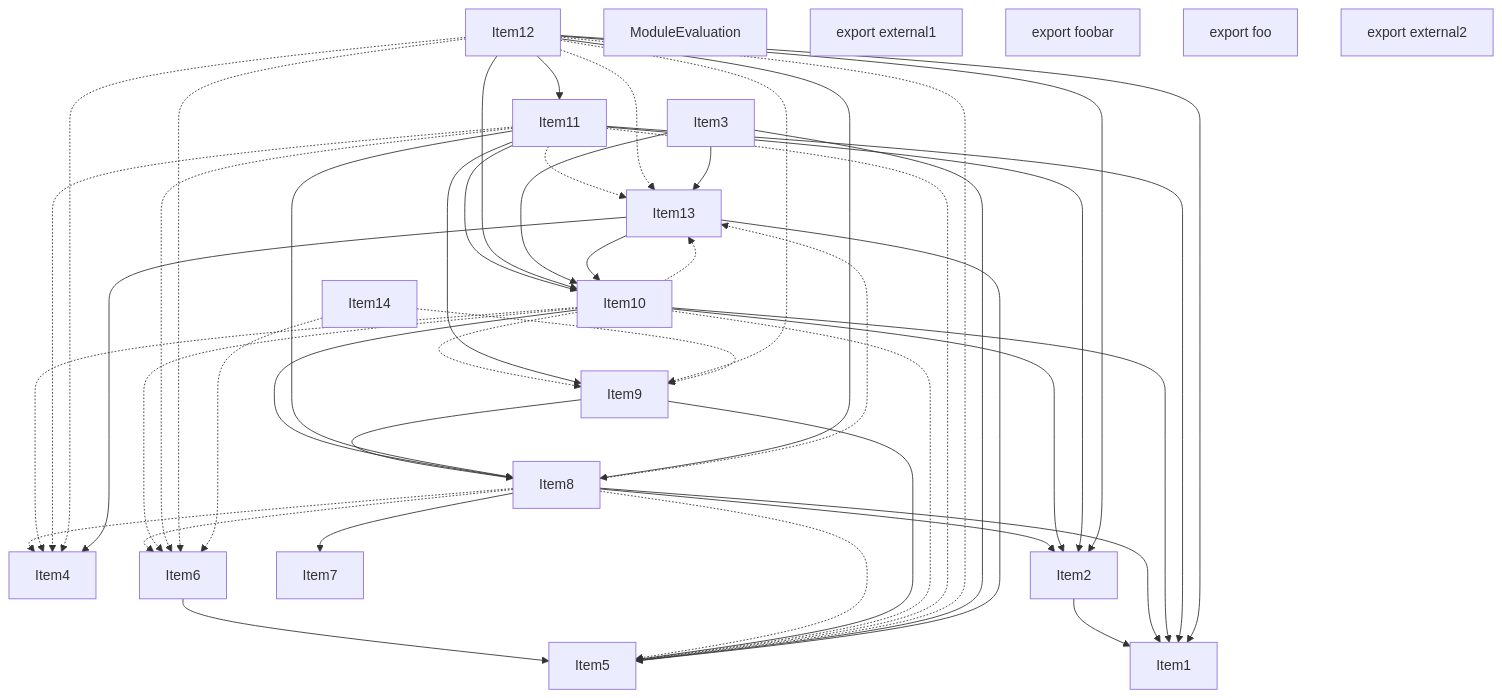
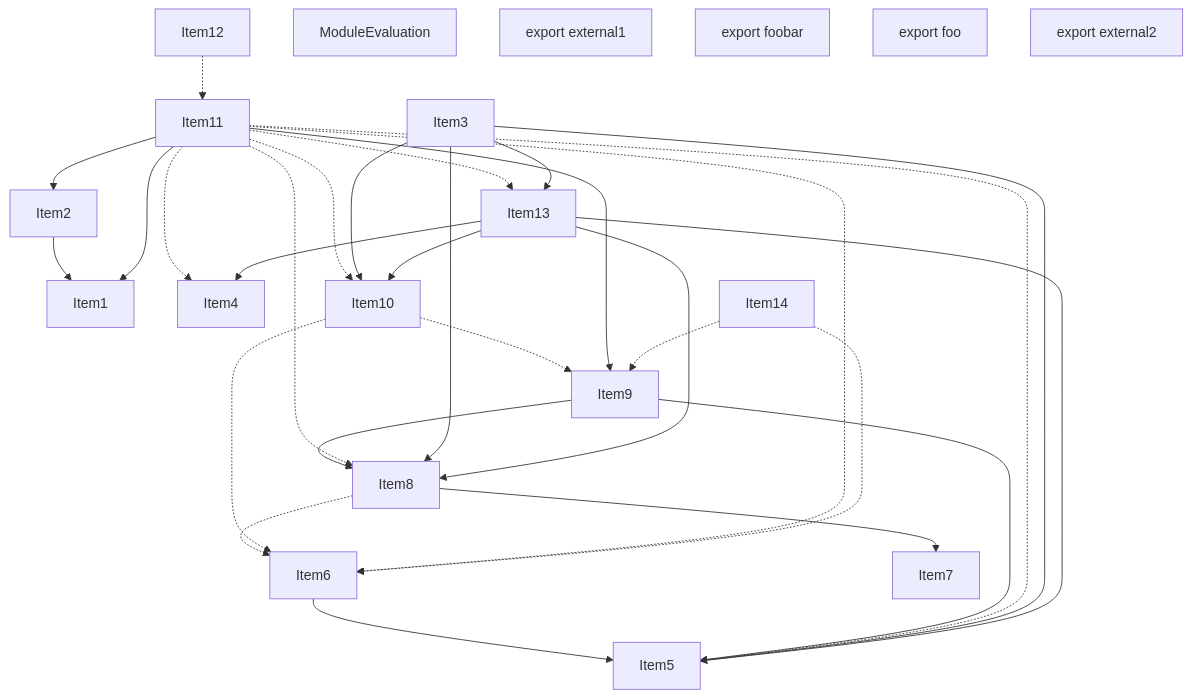
One commit to vercel/turborepo changed the third of 5 diagrams in crates/turbopack-ecmascript/tests/tree-shaker/analyzer/2/output.md. Above: the diagram before and after it, drawn with Mermaid. The commit also changed other lines of this file and 12 other files, not shown here.

````diff
--- a/crates/turbopack-ecmascript/tests/tree-shaker/analyzer/2/output.md
+++ b/crates/turbopack-ecmascript/tests/tree-shaker/analyzer/2/output.md
@@ -256,73 +233,55 @@
 ```mermaid
 graph TD
     Item3;
     Item1;
     Item4;
     Item5;
     Item6;
     Item7;
     Item8;
     Item9;
     Item10;
     Item11;
     Item12;
     Item13;
     Item14;
     Item2;
     Item15;
     Item15["ModuleEvaluation"];
     Item16;
     Item16["export external1"];
     Item17;
     Item17["export foobar"];
     Item18;
     Item18["export foo"];
     Item19;
     Item19["export external2"];
     Item2 --> Item1;
     Item6 --> Item5;
     Item8 --> Item7;
     Item8 -.-> Item6;
-    Item8 --> Item1;
-    Item8 --> Item2;
-    Item8 -.-> Item13;
-    Item8 -.-> Item5;
-    Item8 -.-> Item4;
     Item9 --> Item5;
     Item9 --> Item8;
     Item10 -.-> Item6;
     Item10 -.-> Item9;
-    Item10 --> Item1;
-    Item10 --> Item2;
-    Item10 --> Item8;
-    Item10 -.-> Item13;
-    Item10 -.-> Item5;
-    Item10 -.-> Item4;
     Item11 --> Item9;
     Item11 --> Item1;
     Item11 --> Item2;
-    Item11 --> Item8;
-    Item11 --> Item10;
     Item11 -.-> Item13;
     Item11 -.-> Item5;
+    Item11 -.-> Item8;
+    Item11 -.-> Item10;
     Item11 -.-> Item6;
     Item11 -.-> Item4;
-    Item12 --> Item11;
-    Item12 --> Item1;
-    Item12 --> Item2;
-    Item12 --> Item8;
-    Item12 --> Item10;
-    Item12 -.-> Item13;
-    Item12 -.-> Item5;
-    Item12 -.-> Item6;
-    Item12 -.-> Item9;
-    Item12 -.-> Item4;
+    Item12 -.-> Item11;
     Item3 --> Item13;
     Item3 --> Item5;
+    Item3 --> Item8;
     Item3 --> Item10;
     Item13 --> Item4;
     Item13 --> Item5;
+    Item13 --> Item8;
     Item13 --> Item10;
     Item14 -.-> Item6;
     Item14 -.-> Item9;
 ```
````
